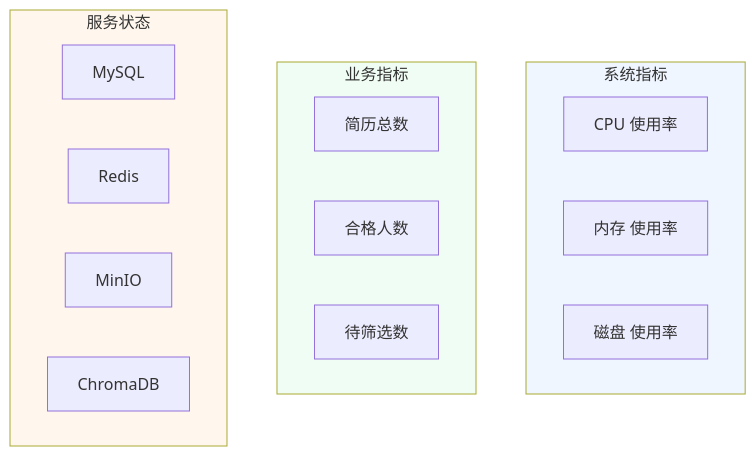
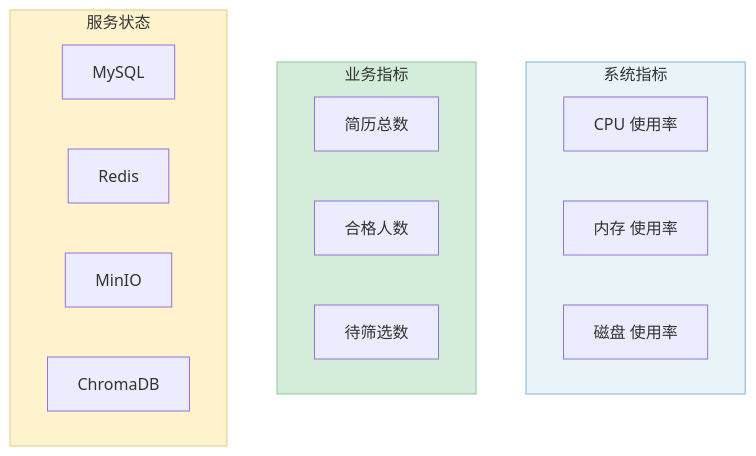
One commit to xt765/ResumeScreening changed the seventh of 8 diagrams in docs/usage.md. Above: the diagram before and after it, drawn with Mermaid. The commit also changed other lines of this file and 4 other files, not shown here.

````diff
--- a/docs/usage.md
+++ b/docs/usage.md
@@ -378,25 +379,25 @@
 ```mermaid
 graph TD
     subgraph Metrics [系统指标]
         A[CPU 使用率]
         B[内存 使用率]
         C[磁盘 使用率]
     end
     
     subgraph Business [业务指标]
         D[简历总数]
         E[合格人数]
         F[待筛选数]
     end
     
     subgraph Service [服务状态]
         G[MySQL]
         H[Redis]
         I[MinIO]
         J[ChromaDB]
     end
     
-    style Metrics fill:#eff6ff
-    style Business fill:#f0fdf4
-    style Service fill:#fff7ed
+    style Metrics fill:#e8f4f8,stroke:#7fb3d5
+    style Business fill:#d4edda,stroke:#90c695
+    style Service fill:#fff3cd,stroke:#e0c97f
 ```
````
